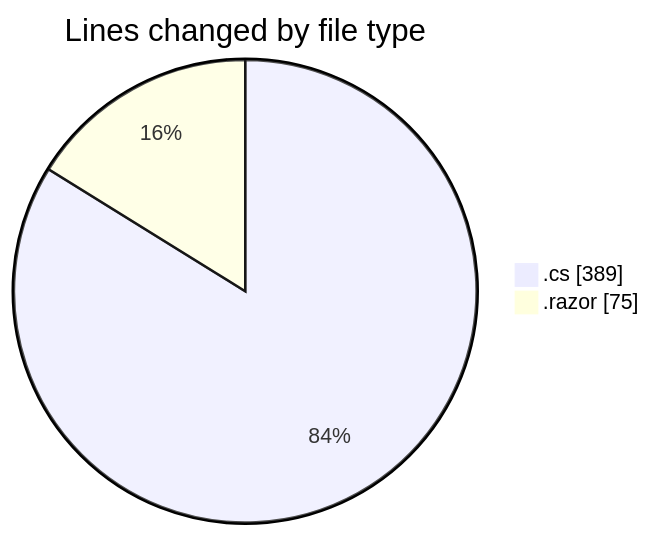
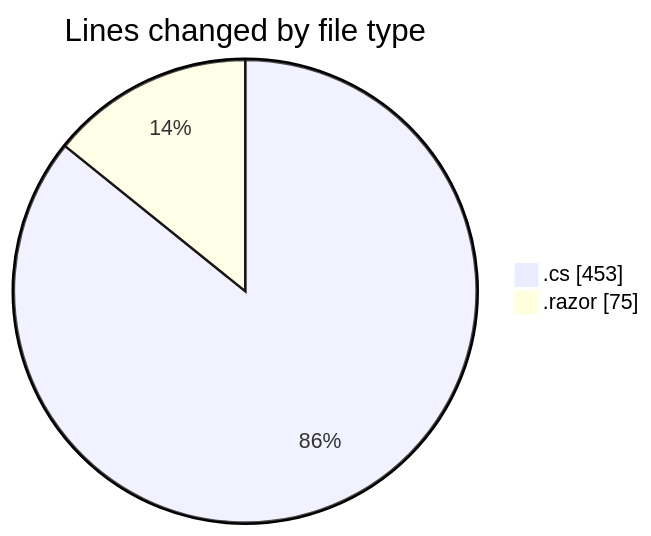
Before and after one commit to Netris89/code-tracking: the first of 2 diagrams in 2025-03-30/front-end/README.md, drawn with Mermaid. The commit also changed other lines of this file and 1 other file, not shown here.

````diff
--- a/2025-03-30/front-end/README.md
+++ b/2025-03-30/front-end/README.md
@@ -25,6 +25,6 @@
 ```mermaid
 pie showData
 title Lines changed by file type
-".cs" : 389
+".cs" : 453
 ".razor" : 75
 ```
````
